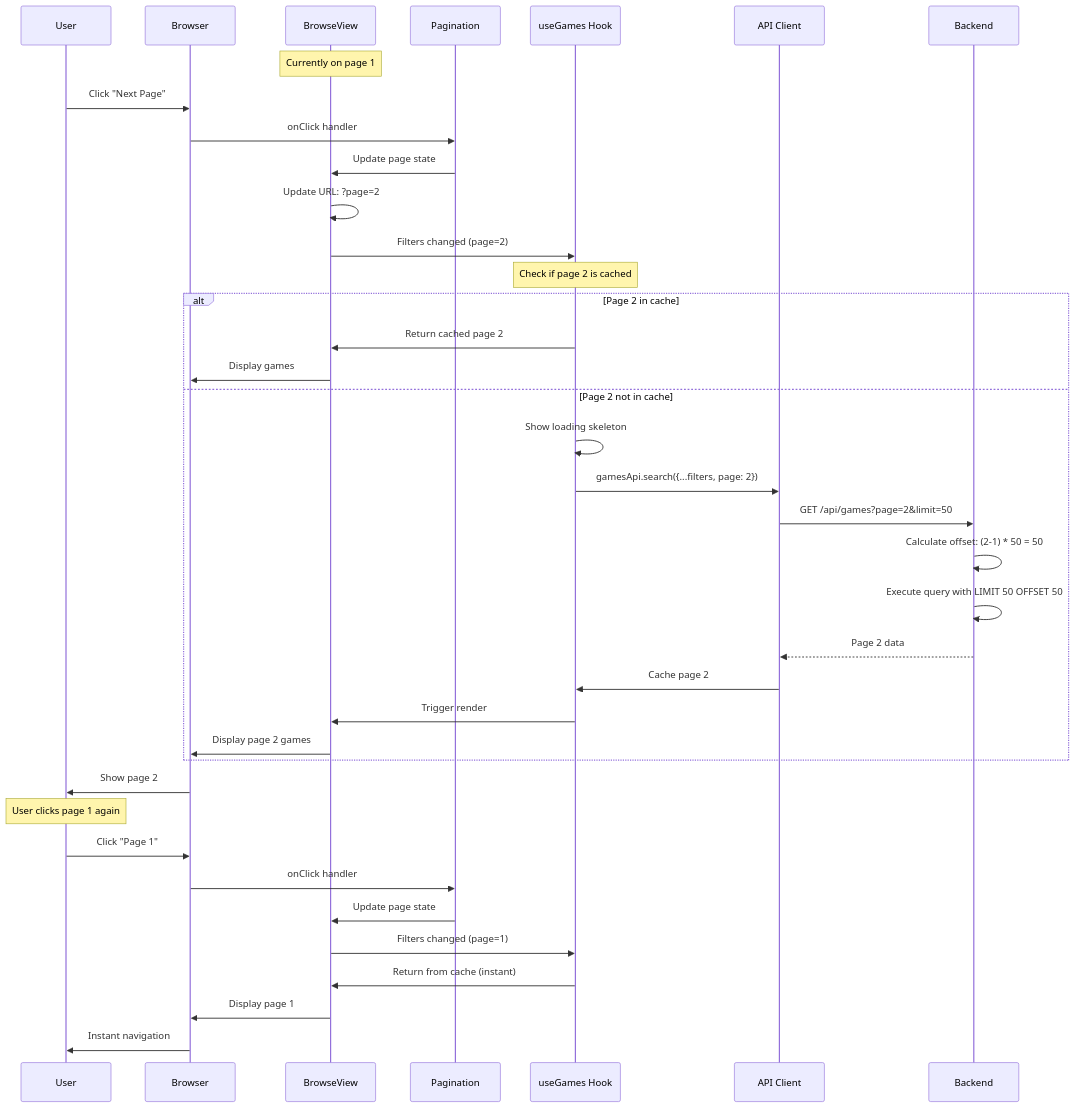
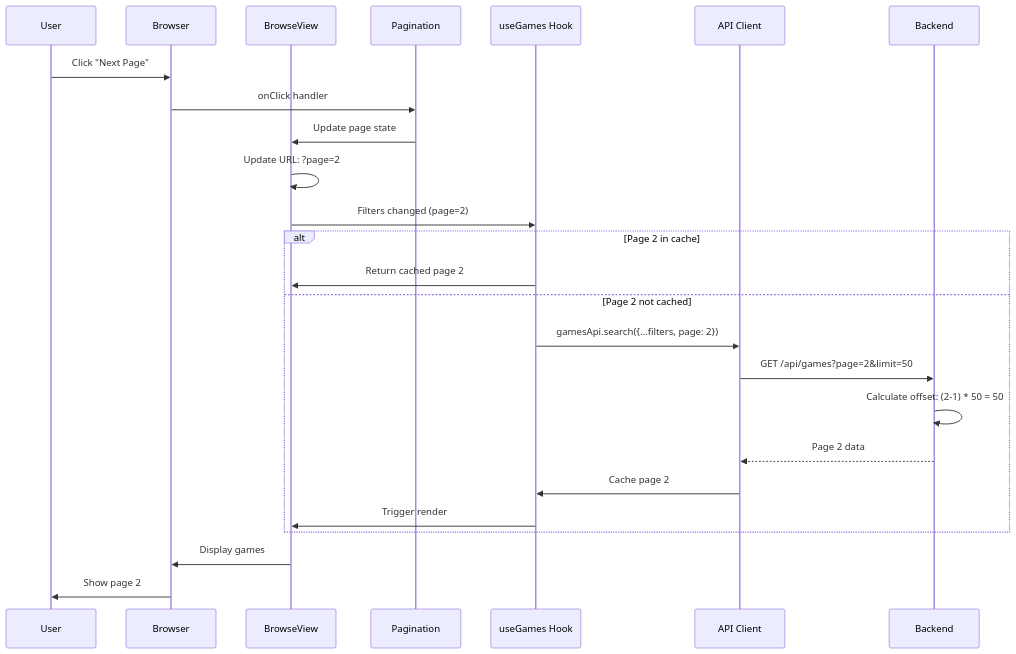
Before and after one commit to darkraise/flashpoint-web: the fifth of 9 diagrams in docs/02-architecture/data-flow-diagrams.md, drawn with Mermaid. The commit also changed other lines of this file and 98 other files, not shown here.

````diff
--- a/docs/02-architecture/data-flow-diagrams.md
+++ b/docs/02-architecture/data-flow-diagrams.md
@@ -398,47 +185,30 @@
 ```mermaid
 sequenceDiagram
     participant User
     participant Browser
     participant BrowseView
     participant Pagination
     participant useGames Hook
     participant API Client
     participant Backend
 
-    Note over BrowseView: Currently on page 1
-
     User->>Browser: Click "Next Page"
     Browser->>Pagination: onClick handler
     Pagination->>BrowseView: Update page state
     BrowseView->>BrowseView: Update URL: ?page=2
     BrowseView->>useGames Hook: Filters changed (page=2)
 
-    Note over useGames Hook: Check if page 2 is cached
-
     alt Page 2 in cache
         useGames Hook->>BrowseView: Return cached page 2
-        BrowseView->>Browser: Display games
-    else Page 2 not in cache
-        useGames Hook->>useGames Hook: Show loading skeleton
+    else Page 2 not cached
         useGames Hook->>API Client: gamesApi.search({...filters, page: 2})
         API Client->>Backend: GET /api/games?page=2&limit=50
         Backend->>Backend: Calculate offset: (2-1) * 50 = 50
-        Backend->>Backend: Execute query with LIMIT 50 OFFSET 50
         Backend-->>API Client: Page 2 data
         API Client->>useGames Hook: Cache page 2
         useGames Hook->>BrowseView: Trigger render
-        BrowseView->>Browser: Display page 2 games
     end
 
+    BrowseView->>Browser: Display games
     Browser->>User: Show page 2
-
-    Note over User: User clicks page 1 again
-
-    User->>Browser: Click "Page 1"
-    Browser->>Pagination: onClick handler
-    Pagination->>BrowseView: Update page state
-    BrowseView->>useGames Hook: Filters changed (page=1)
-    useGames Hook->>BrowseView: Return from cache (instant)
-    BrowseView->>Browser: Display page 1
-    Browser->>User: Instant navigation
 ```
````
